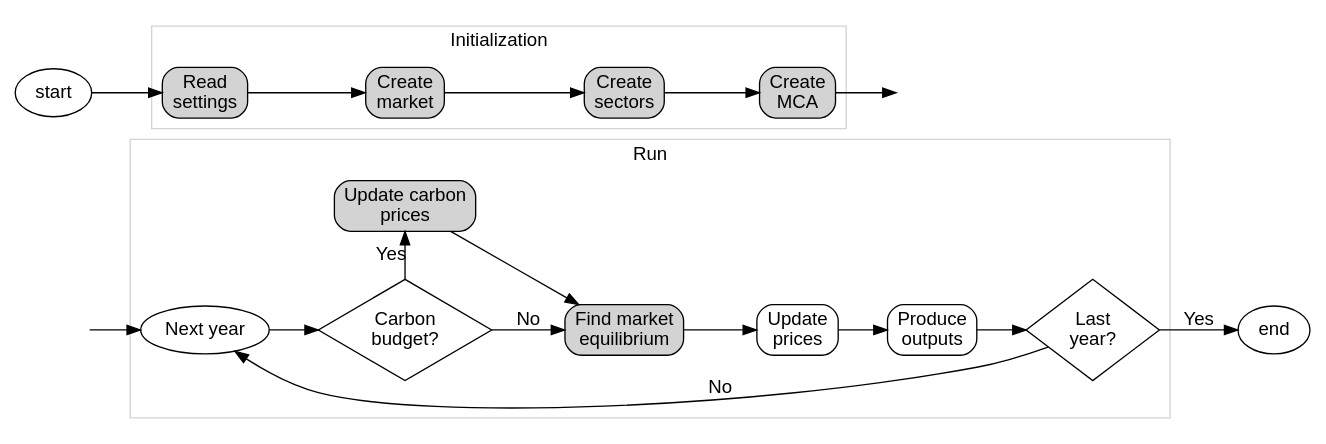
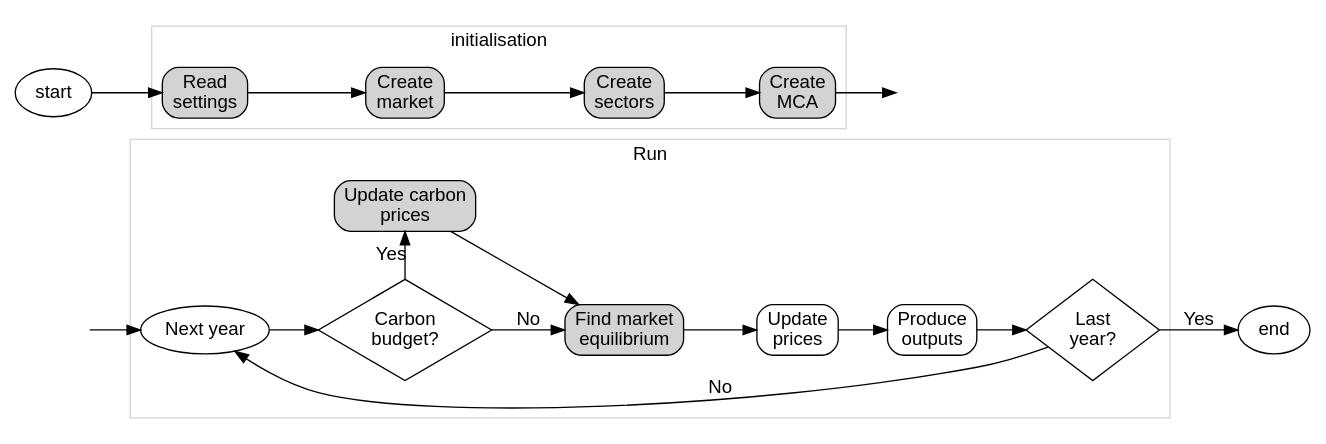
Before and after one commit to EnergySystemsModellingLab/MUSE_OS: the first of 12 diagrams in docs/application-flow.rst, drawn with Graphviz. The commit also changed other lines of this file, not shown here.

Commit message:
Use initialisation rather than initialization

```diff
--- a/docs/application-flow.rst
+++ b/docs/application-flow.rst
@@ -15,51 +15,51 @@
 .. graphviz::
     :align: center
     :alt: High level sequence of steps in a MUSE simulation
 
     digraph top_level {
             fontname="Helvetica,Arial,sans-serif"
             node [fontname="Helvetica,Arial,sans-serif", shape=box, style=rounded]
             edge [fontname="Helvetica,Arial,sans-serif"]
             rankdir=LR
             clusterrank=local
             newrank=true
 
             {node [shape=""]; start; end;}
             settings [label="Read\nsettings", fillcolor="lightgrey", style="rounded,filled"]
             market [label="Create\nmarket", fillcolor="lightgrey", style="rounded,filled"]
             sectors [label="Create\nsectors", fillcolor="lightgrey", style="rounded,filled"]
             mca [label="Create\nMCA", fillcolor="lightgrey", style="rounded,filled"]
             run [label="Last\nyear?", shape=diamond, style=""]
             equilibrium [label="Find market\nequilibrium", fillcolor="lightgrey", style="rounded,filled"]
             propagate [label="Update\nprices"]
             outputs [label="Produce\noutputs"]
             check_c [label="Carbon\nbudget?", shape=diamond, style=""]
             c_prices [label="Update carbon\nprices", fillcolor="lightgrey", style="rounded,filled"]
             next_year [label="Next year", shape=""]
             {node [style="invis"]; int1; int2;}
 
 
             subgraph cluster_1 {
                 settings -> market -> sectors -> mca
-                label="Initialization"
+                label="initialisation"
                 color=lightgrey
             }
 
             subgraph cluster_2 {
                 next_year -> check_c
                 check_c -> equilibrium [label="No"]
                 check_c -> c_prices [label="Yes", constraint=false]
                 c_prices -> equilibrium [constraint=false]
                 equilibrium -> propagate -> outputs -> run
                 run -> next_year [label="No", constraint=false]
                 label="Run"
                 color=lightgrey
                 {rank=same; check_c; c_prices}
             }
 
             start -> settings
             mca -> int1
             int2 -> next_year
             run -> end [label="Yes"]
             start -> int2 [style="invis", constraint=false]
         }
```
